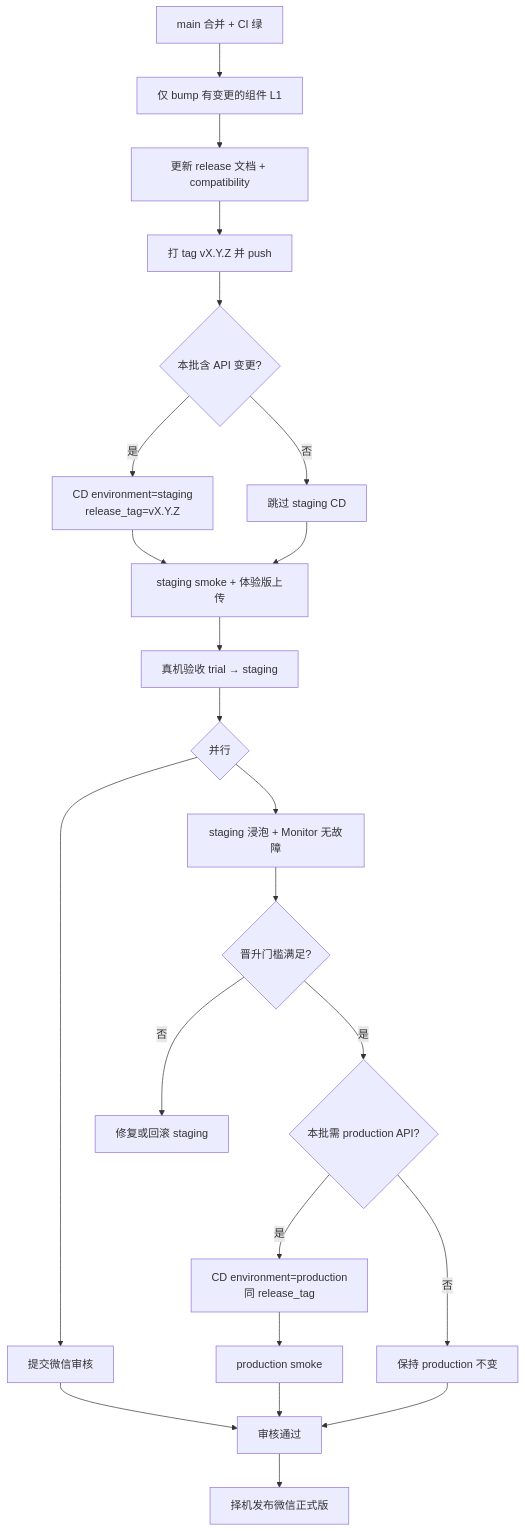
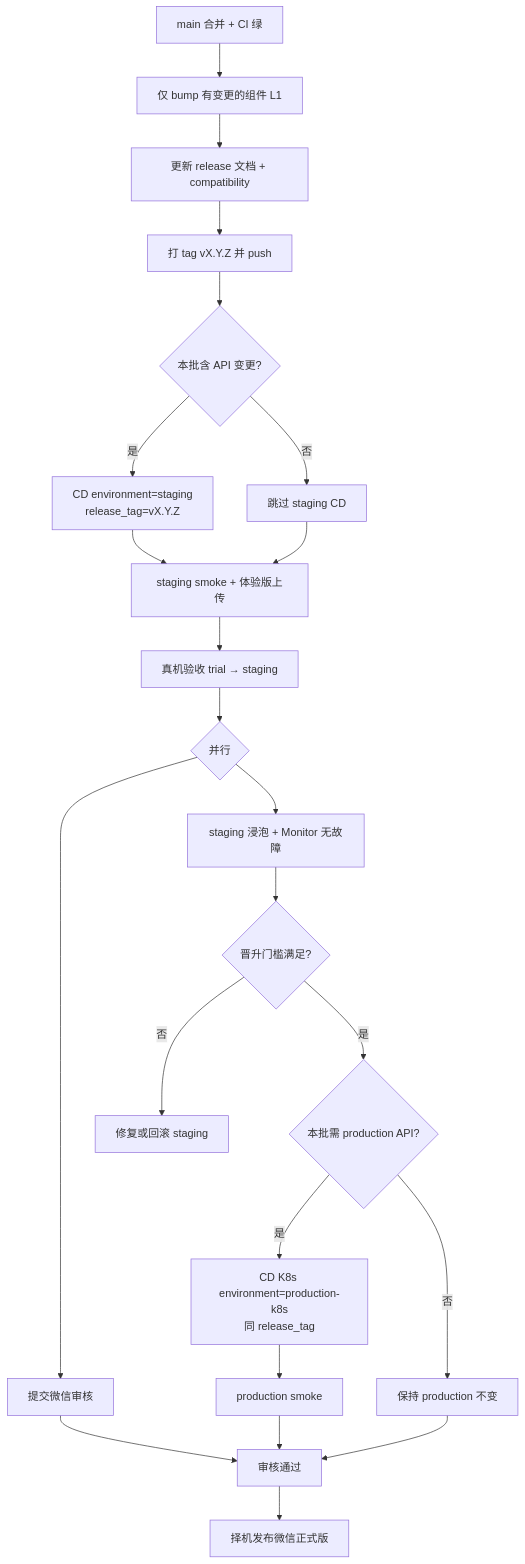
One commit to xiaolinstar/ai-todo changed the diagram in docs/releases/staging-production-promotion.md. Above: the diagram before and after it, drawn with Mermaid. The commit also changed other lines of this file and 28 other files, not shown here.

````diff
--- a/docs/releases/staging-production-promotion.md
+++ b/docs/releases/staging-production-promotion.md
@@ -48,25 +48,25 @@
 ```mermaid
 flowchart TD
   A[main 合并 + CI 绿] --> B[仅 bump 有变更的组件 L1]
   B --> C[更新 release 文档 + compatibility]
   C --> D[打 tag vX.Y.Z 并 push]
   D --> E{本批含 API 变更?}
   E -->|是| F[CD environment=staging<br/>release_tag=vX.Y.Z]
   E -->|否| G[跳过 staging CD]
   F --> H[staging smoke + 体验版上传]
   G --> H
   H --> I[真机验收 trial → staging]
   I --> J{并行}
   J --> K[提交微信审核]
   J --> L[staging 浸泡 + Monitor 无故障]
   L --> M{晋升门槛满足?}
   M -->|否| N[修复或回滚 staging]
   M -->|是| O{本批需 production API?}
-  O -->|是| P[CD environment=production<br/>同 release_tag]
+  O -->|是| P[CD K8s environment=production-k8s<br/>同 release_tag]
   O -->|否| Q[保持 production 不变]
   K --> R[审核通过]
   P --> S[production smoke]
   Q --> R
   S --> R
   R --> T[择机发布微信正式版]
 ```
````
